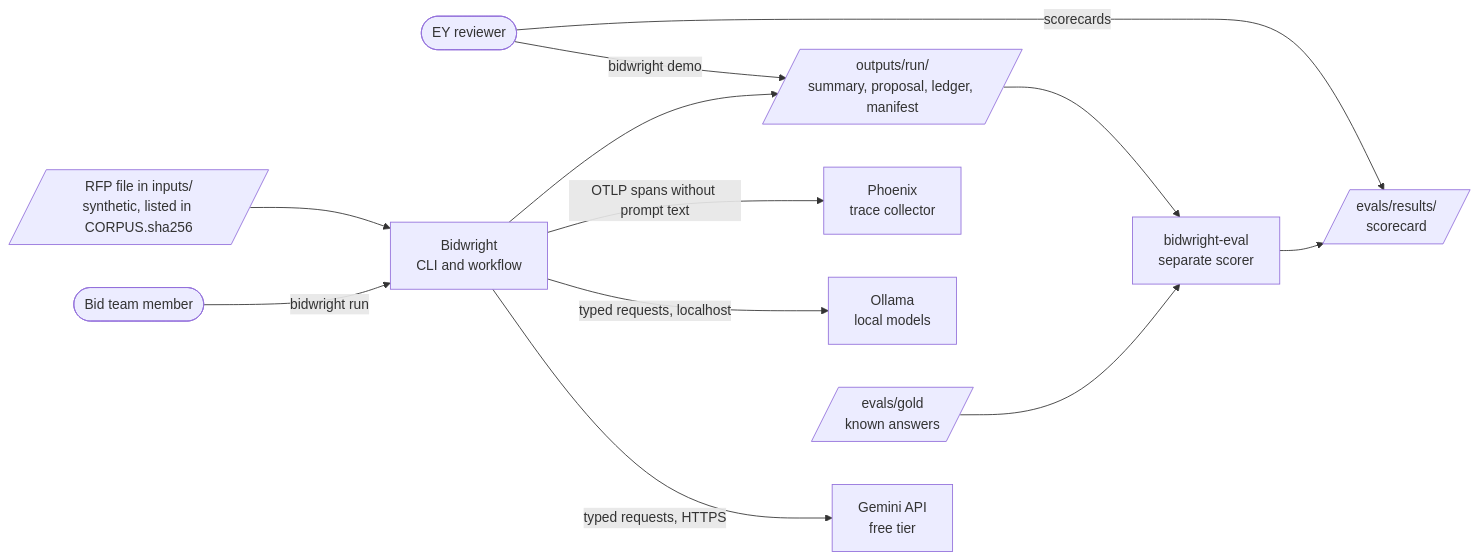
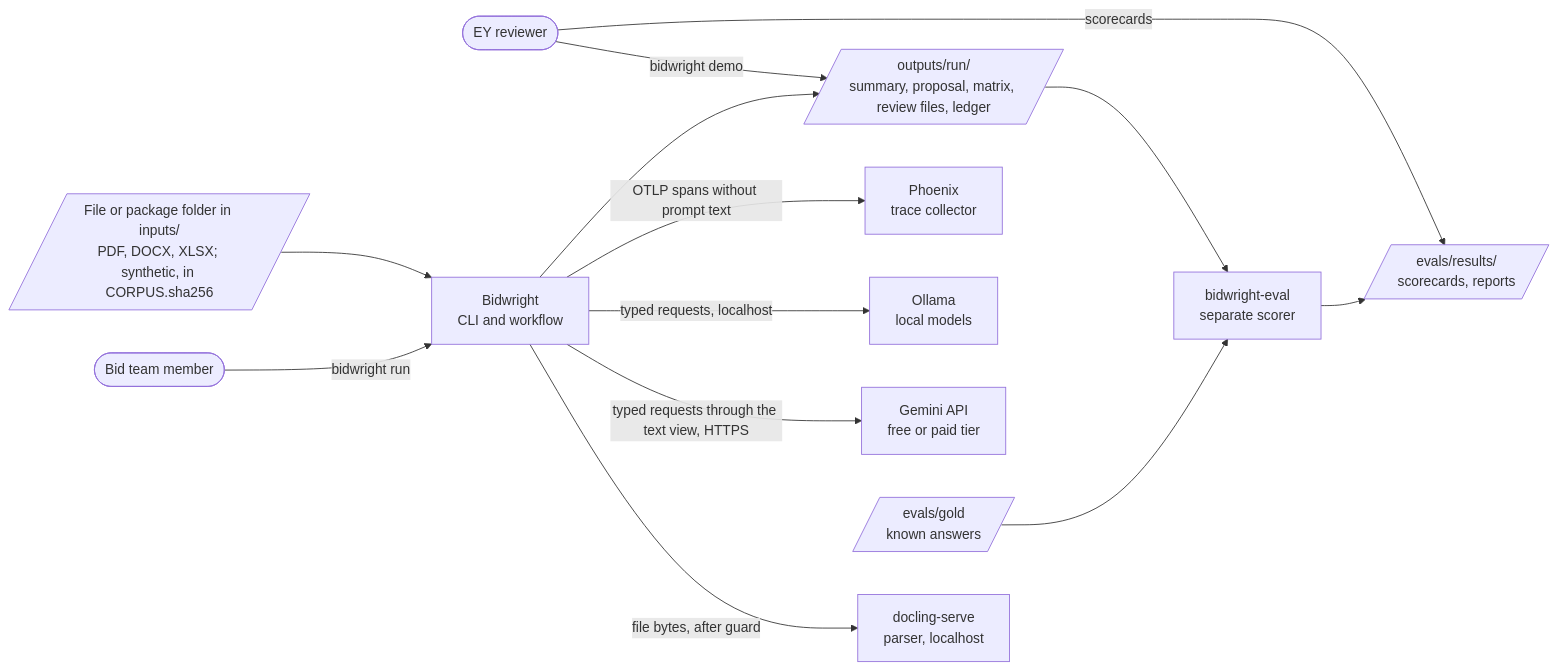
Before and after one commit to chouaibhoues-code/bidwright-rfp-agent: the first of 3 diagrams in docs/architecture.md, drawn with Mermaid. The commit also changed other lines of this file and 6 other files, not shown here.

````diff
--- a/docs/architecture.md
+++ b/docs/architecture.md
@@ -78,26 +79,28 @@
 ```mermaid
 flowchart LR
     team(["Bid team member"])
     reviewer(["EY reviewer"])
-    rfp[/"RFP file in inputs/<br/>synthetic, listed in CORPUS.sha256"/]
+    rfp[/"File or package folder in inputs/<br/>PDF, DOCX, XLSX; synthetic, in CORPUS.sha256"/]
     bw["Bidwright<br/>CLI and workflow"]
-    gemini["Gemini API<br/>free tier"]
+    docling["docling-serve<br/>parser, localhost"]
+    gemini["Gemini API<br/>free or paid tier"]
     ollama["Ollama<br/>local models"]
     phoenix["Phoenix<br/>trace collector"]
-    out[/"outputs/run/<br/>summary, proposal, ledger, manifest"/]
+    out[/"outputs/run/<br/>summary, proposal, matrix, review files, ledger"/]
     evalr["bidwright-eval<br/>separate scorer"]
     gold[/"evals/gold<br/>known answers"/]
-    score[/"evals/results/<br/>scorecard"/]
+    score[/"evals/results/<br/>scorecards, reports"/]
 
     team -- "bidwright run" --> bw
     rfp --> bw
-    bw -- "typed requests, HTTPS" --> gemini
+    bw -- "file bytes, after guard" --> docling
+    bw -- "typed requests through the text view, HTTPS" --> gemini
     bw -- "typed requests, localhost" --> ollama
     bw -- "OTLP spans without prompt text" --> phoenix
     bw --> out
     reviewer -- "bidwright demo" --> out
     reviewer -- "scorecards" --> score
     out --> evalr
     gold --> evalr
     evalr --> score
 ```
````
